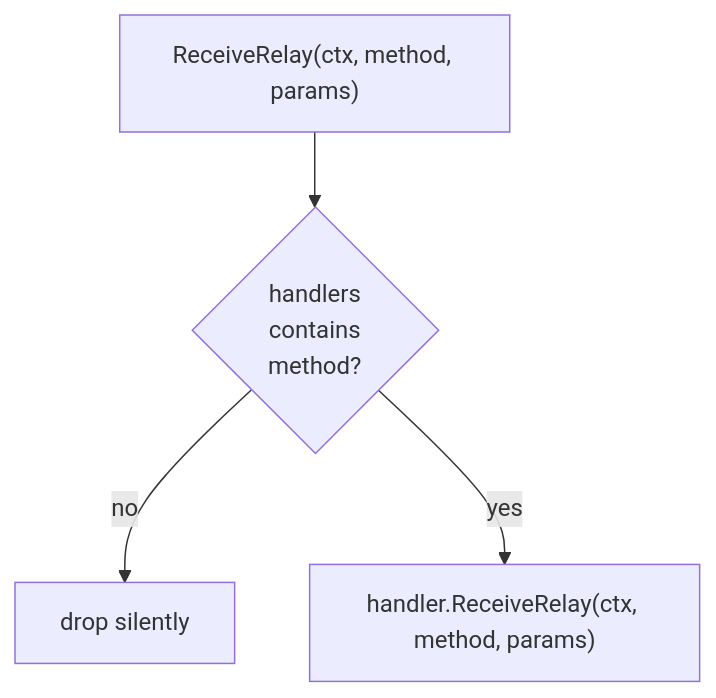
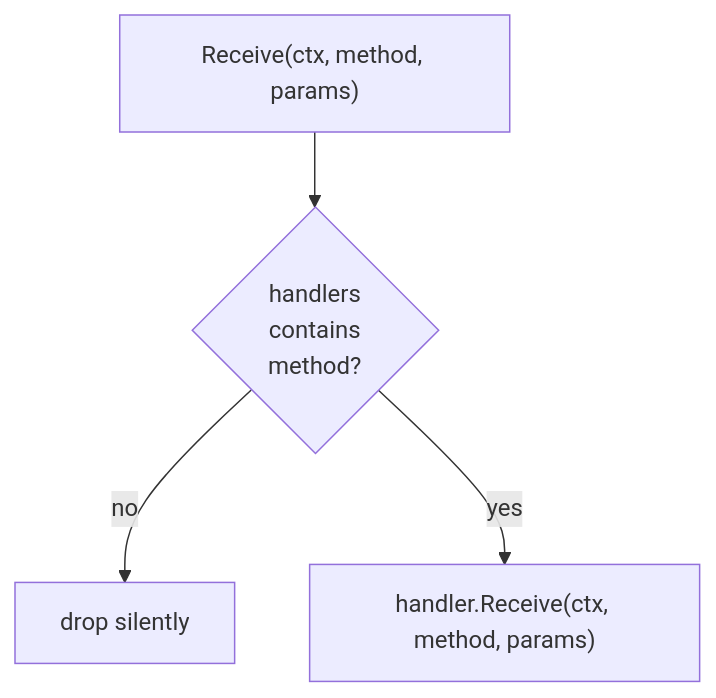
The seventh of 22 diagrams in docs/MULTI_REPLICA.md (panyam/mcpkit), drawn with Mermaid before and after one commit. The commit also changed other lines of this file and 15 other files, not shown here.

````diff
--- a/docs/MULTI_REPLICA.md
+++ b/docs/MULTI_REPLICA.md
@@ -213,11 +213,11 @@
 ```mermaid
 flowchart TB
-    Receive["ReceiveRelay(ctx, method, params)"]
+    Receive["Receive(ctx, method, params)"]
     Lookup{handlers<br/>contains<br/>method?}
     Drop["drop silently"]
-    Forward["handler.ReceiveRelay(ctx, method, params)"]
+    Forward["handler.Receive(ctx, method, params)"]
 
     Receive --> Lookup
     Lookup -->|no| Drop
     Lookup -->|yes| Forward
 ```
````
